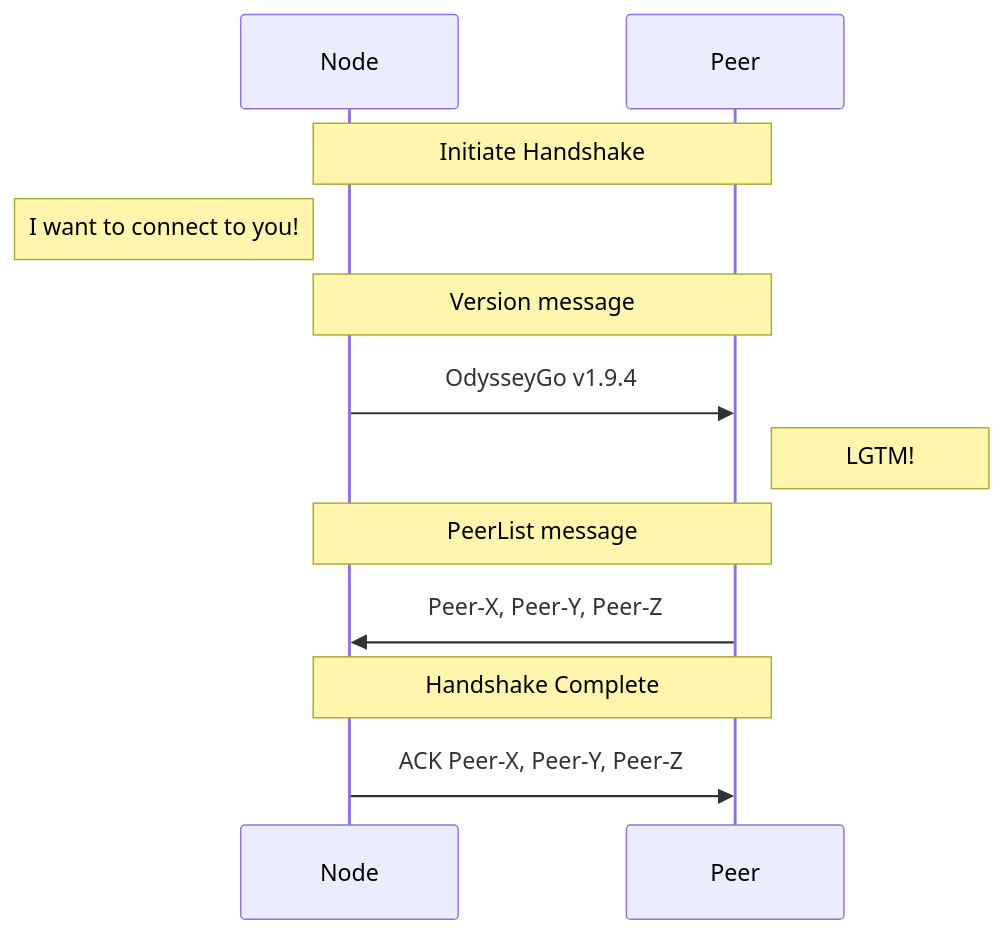
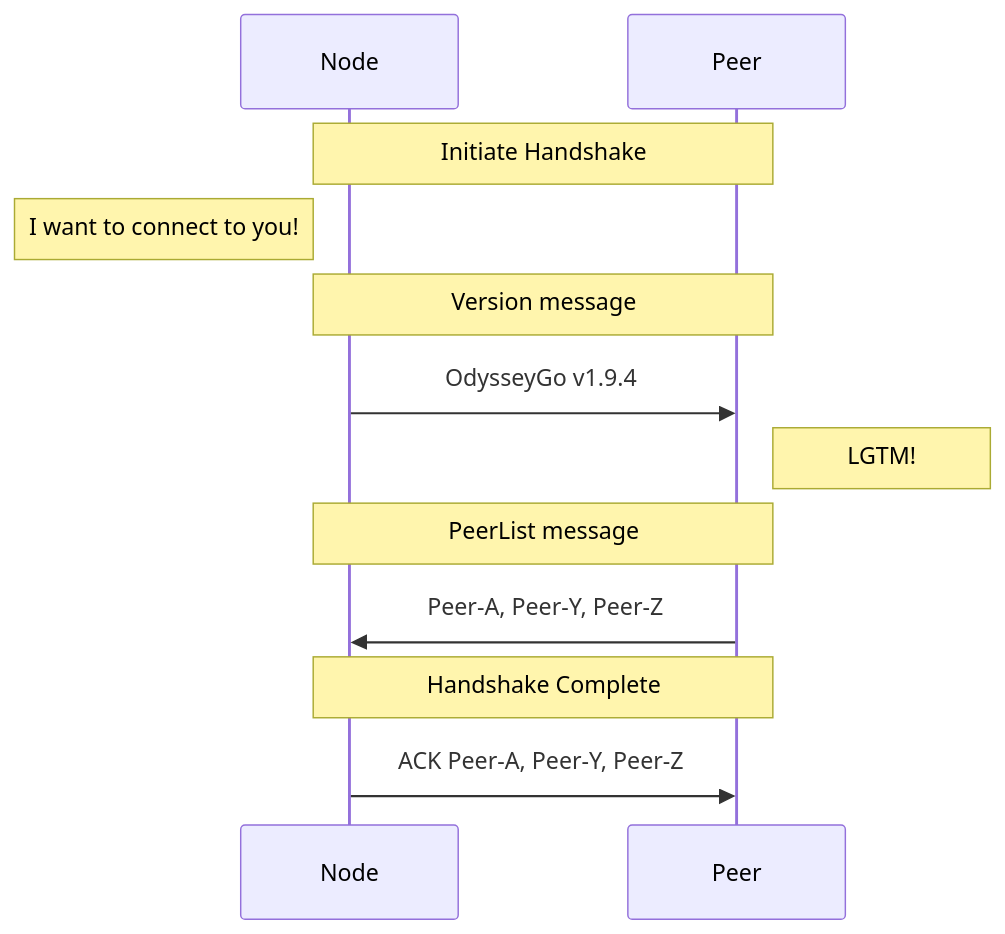
The third of 5 diagrams in network/README.md (DioneProtocol/odysseygo), drawn with Mermaid before and after one commit. The commit also changed 601 other files, not shown here.

````diff
--- a/network/README.md
+++ b/network/README.md
@@ -72,12 +72,12 @@
 ```mermaid
 sequenceDiagram
 Note over Node,Peer: Initiate Handshake
 Note left of Node: I want to connect to you!
 Note over Node,Peer: Version message
 Node->>Peer: OdysseyGo v1.9.4
 Note right of Peer: LGTM!
 Note over Node,Peer: PeerList message
-Peer->>Node: Peer-X, Peer-Y, Peer-Z
+Peer->>Node: Peer-A, Peer-Y, Peer-Z
 Note over Node,Peer: Handshake Complete
-Node->>Peer: ACK Peer-X, Peer-Y, Peer-Z
+Node->>Peer: ACK Peer-A, Peer-Y, Peer-Z
 ```
````
